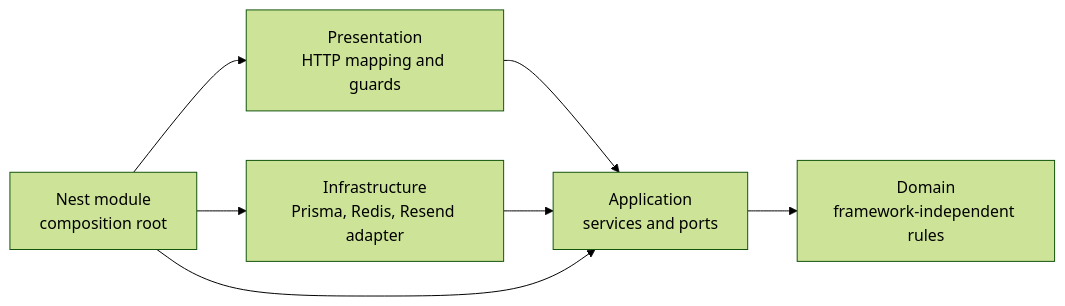
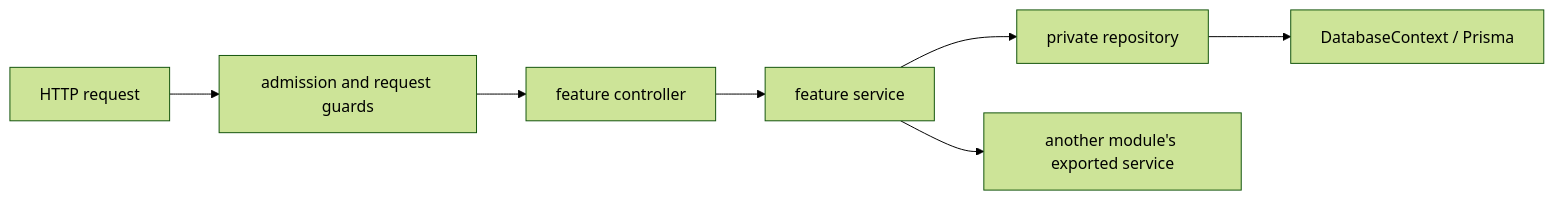
The diagram in docs/concepts/architecture-overview.md (KasraK2K/nexora-platform-core), drawn with Mermaid (forest theme) before and after one commit. The commit also changed other lines of this file and 241 other files, not shown here.

````diff
--- a/docs/concepts/architecture-overview.md
+++ b/docs/concepts/architecture-overview.md
@@ -24,9 +24,9 @@
 ```mermaid
 flowchart LR
-    Presentation["Presentation<br/>HTTP mapping and guards"] --> Application["Application<br/>services and ports"]
-    Application --> Domain["Domain<br/>framework-independent rules"]
-    Infrastructure["Infrastructure<br/>Prisma, Redis, Resend adapter"] --> Application
-    Composition["Nest module<br/>composition root"] --> Presentation
-    Composition --> Application
-    Composition --> Infrastructure
+    Request["HTTP request"] --> Guard["admission and request guards"]
+    Guard --> Controller["feature controller"]
+    Controller --> Service["feature service"]
+    Service --> Repository["private repository"]
+    Repository --> Database["DatabaseContext / Prisma"]
+    Service --> PublicService["another module's exported service"]
 ```
````
